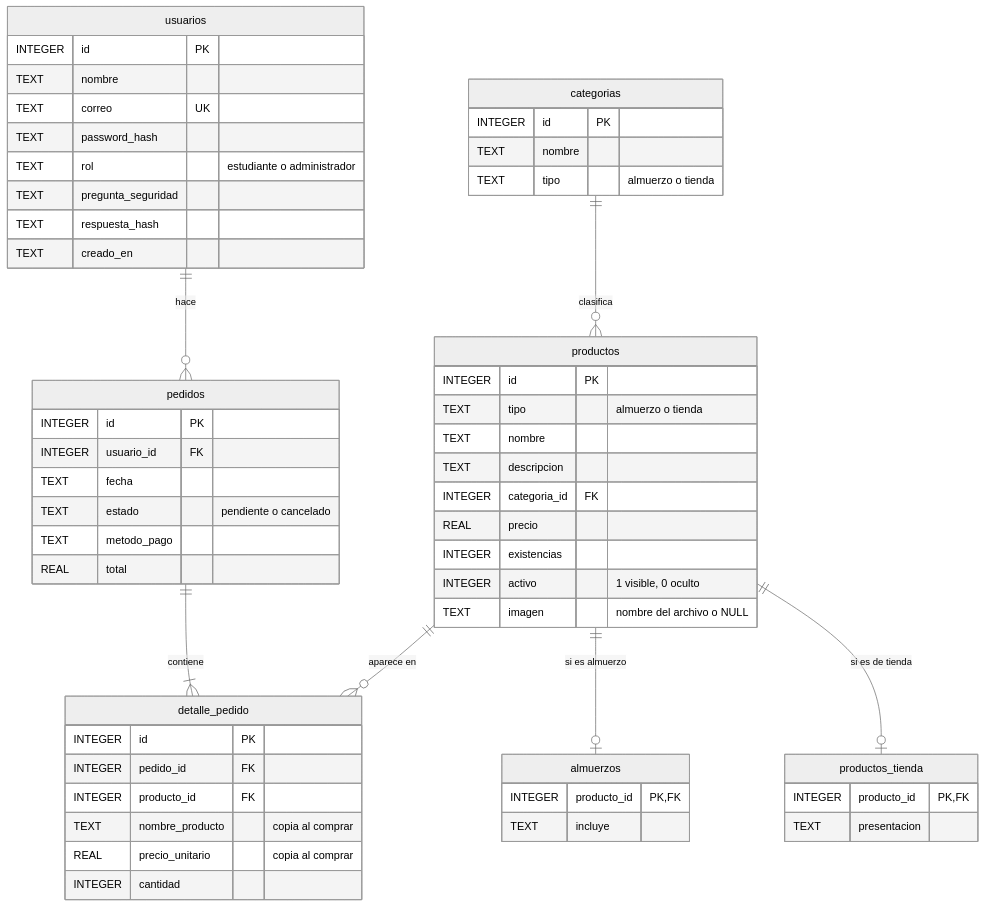
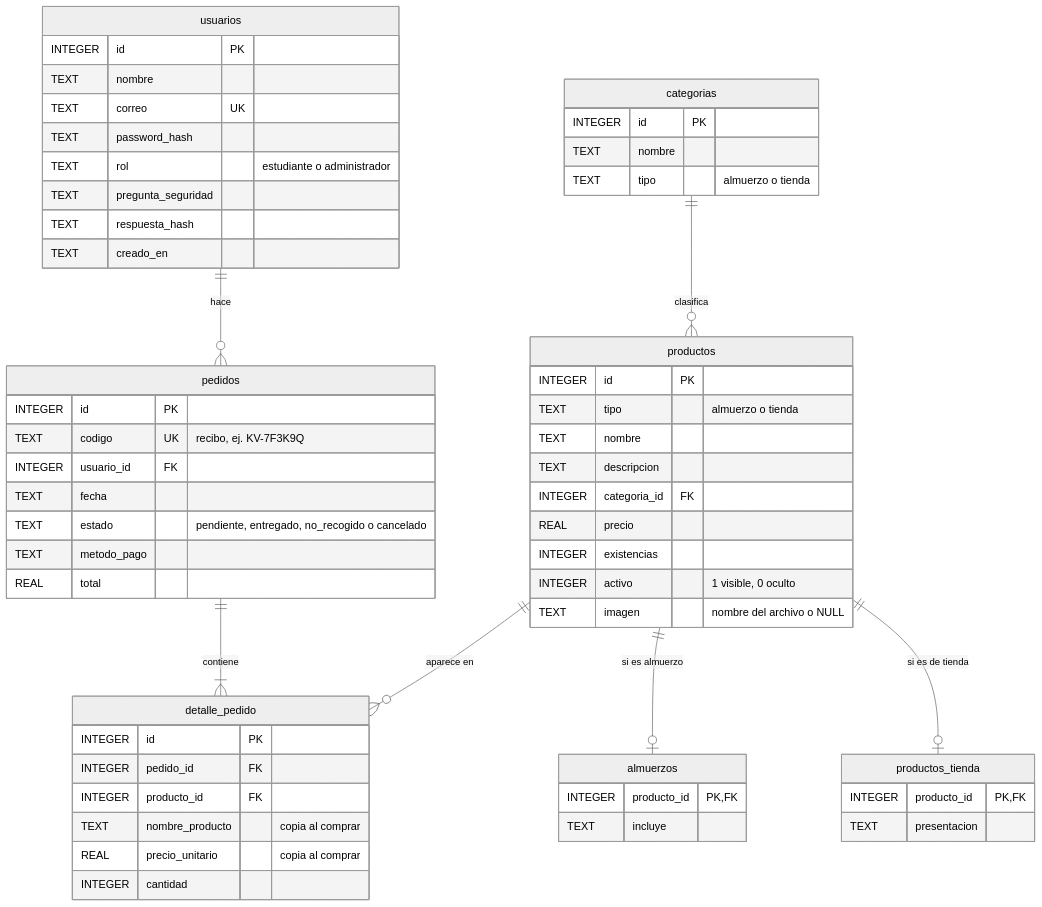
Before and after one commit to cristyelizabetth/cafeteria-kiuvo-poo: the diagram in docs/diagrama_base_datos.mmd, drawn with Mermaid (neutral theme). The commit also changed 50 other files, not shown here.

```diff
--- a/docs/diagrama_base_datos.mmd
+++ b/docs/diagrama_base_datos.mmd
@@ -1,58 +1,59 @@
 erDiagram
     usuarios ||--o{ pedidos : "hace"
     pedidos ||--|{ detalle_pedido : "contiene"
     productos ||--o{ detalle_pedido : "aparece en"
     categorias ||--o{ productos : "clasifica"
     productos ||--o| almuerzos : "si es almuerzo"
     productos ||--o| productos_tienda : "si es de tienda"
 
     usuarios {
         INTEGER id PK
         TEXT nombre
         TEXT correo UK
         TEXT password_hash
         TEXT rol "estudiante o administrador"
         TEXT pregunta_seguridad
         TEXT respuesta_hash
         TEXT creado_en
     }
     categorias {
         INTEGER id PK
         TEXT nombre
         TEXT tipo "almuerzo o tienda"
     }
     productos {
         INTEGER id PK
         TEXT tipo "almuerzo o tienda"
         TEXT nombre
         TEXT descripcion
         INTEGER categoria_id FK
         REAL precio
         INTEGER existencias
         INTEGER activo "1 visible, 0 oculto"
         TEXT imagen "nombre del archivo o NULL"
     }
     almuerzos {
         INTEGER producto_id PK,FK
         TEXT incluye
     }
     productos_tienda {
         INTEGER producto_id PK,FK
         TEXT presentacion
     }
     pedidos {
         INTEGER id PK
+        TEXT codigo UK "recibo, ej. KV-7F3K9Q"
         INTEGER usuario_id FK
         TEXT fecha
-        TEXT estado "pendiente o cancelado"
+        TEXT estado "pendiente, entregado, no_recogido o cancelado"
         TEXT metodo_pago
         REAL total
     }
     detalle_pedido {
         INTEGER id PK
         INTEGER pedido_id FK
         INTEGER producto_id FK
         TEXT nombre_producto "copia al comprar"
         REAL precio_unitario "copia al comprar"
         INTEGER cantidad
     }
```
